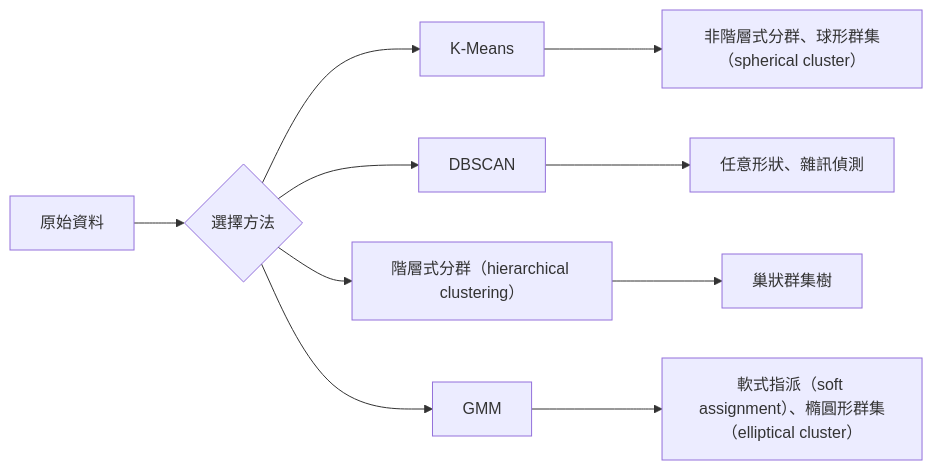
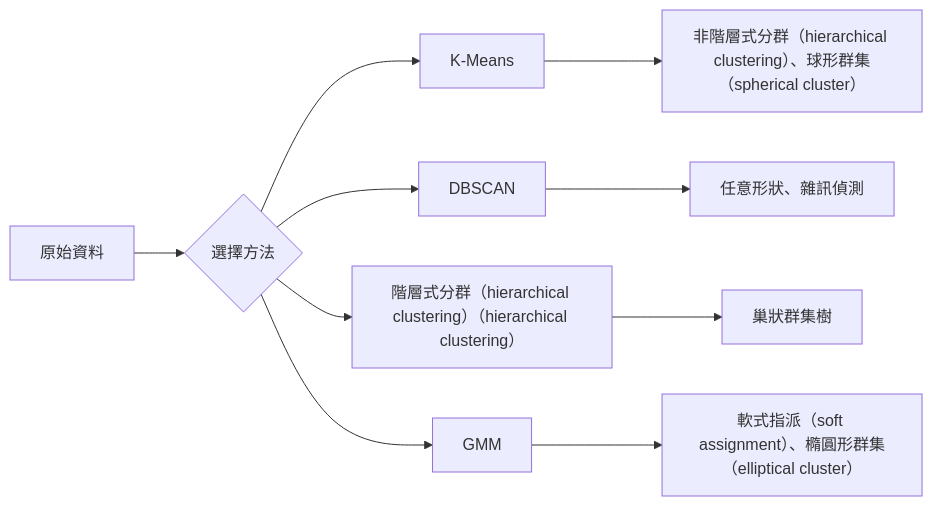
The diagram in i18n/zh-TW/phases/02-ml-fundamentals/07-unsupervised-learning/docs/zh-TW.md (edward821220/ai-engineering-from-scratch), drawn with Mermaid before and after one commit. The commit also changed other lines of this file and 197 other files, not shown here.

````diff
--- a/i18n/zh-TW/phases/02-ml-fundamentals/07-unsupervised-learning/docs/zh-TW.md
+++ b/i18n/zh-TW/phases/02-ml-fundamentals/07-unsupervised-learning/docs/zh-TW.md
@@ -31,12 +31,12 @@
 ```mermaid
 flowchart LR
     A[原始資料] --> B{選擇方法}
     B --> C[K-Means]
     B --> D[DBSCAN]
-    B --> E[階層式分群（hierarchical clustering）]
+    B --> E[階層式分群（hierarchical clustering）（hierarchical clustering）]
     B --> F[GMM]
-    C --> G[非階層式分群、球形群集（spherical cluster）]
+    C --> G[非階層式分群（hierarchical clustering）、球形群集（spherical cluster）]
     D --> H[任意形狀、雜訊偵測]
     E --> I[巢狀群集樹]
     F --> J[軟式指派（soft assignment）、橢圓形群集（elliptical cluster）]
 ```
````
